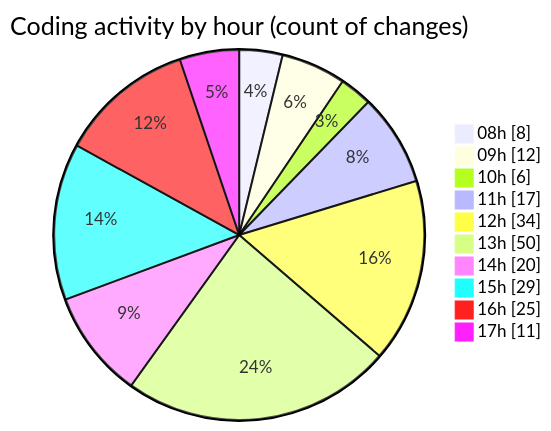
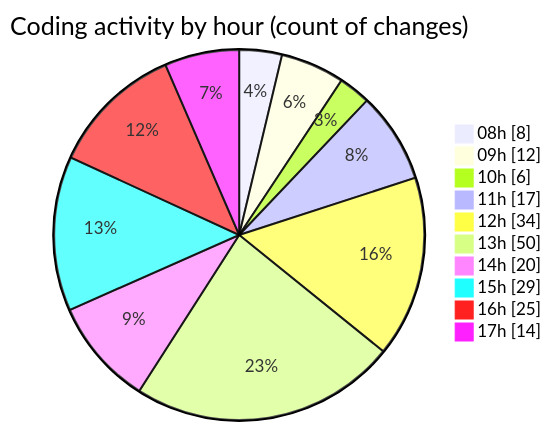
One commit to momahboobian/code-tracking changed the second of 2 diagrams in 2025-09-15/cda/README.md. Above: the diagram before and after it, drawn with Mermaid. The commit also changed other lines of this file and 1 other file, not shown here.

````diff
--- a/2025-09-15/cda/README.md
+++ b/2025-09-15/cda/README.md
@@ -36,14 +36,14 @@
 ```mermaid
 pie showData
 title Coding activity by hour (count of changes)
 "08h" : 8
 "09h" : 12
 "10h" : 6
 "11h" : 17
 "12h" : 34
 "13h" : 50
 "14h" : 20
 "15h" : 29
 "16h" : 25
-"17h" : 11
+"17h" : 14
 ```
````
